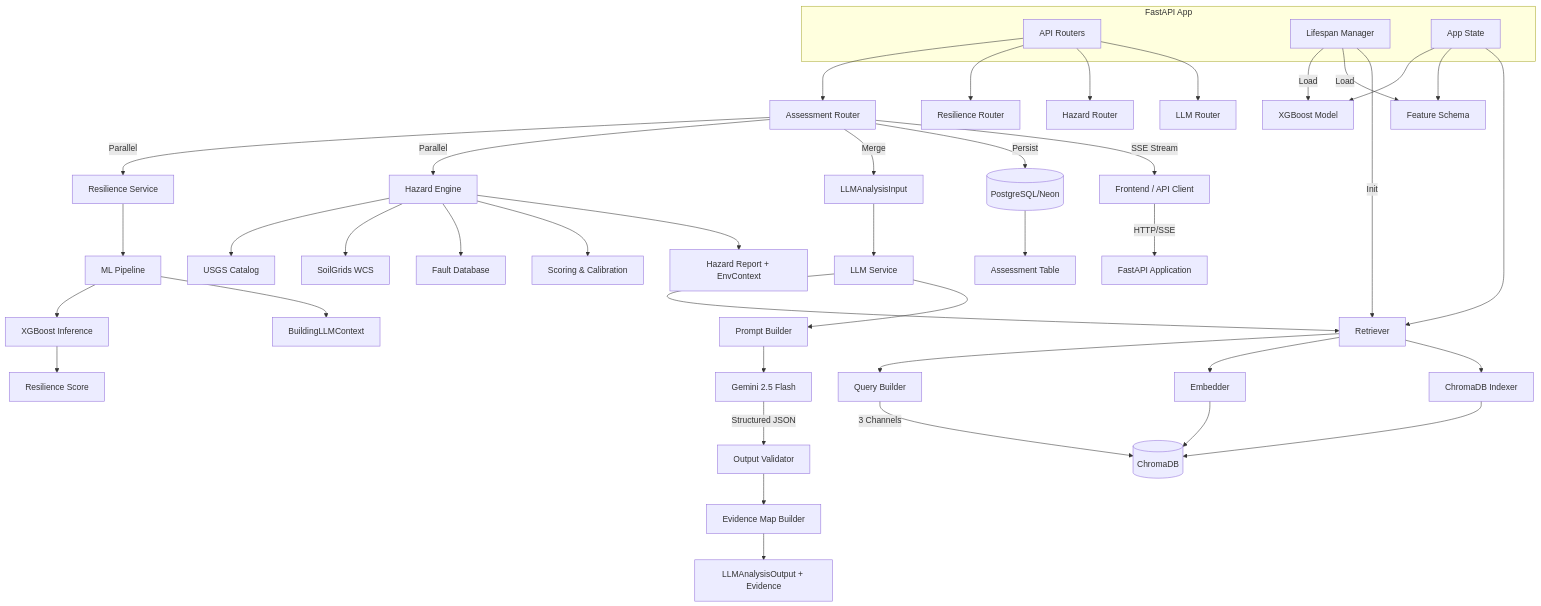
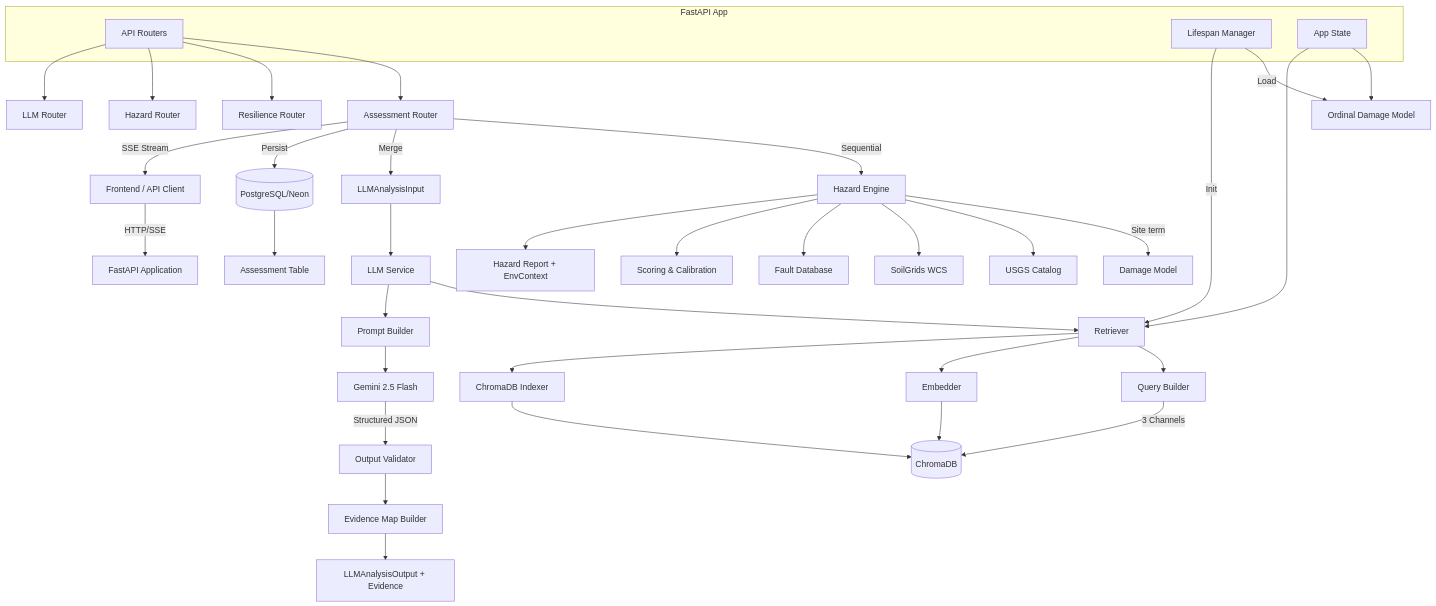
One commit to Mhk-debug/ResilienceAI changed the first of 6 diagrams in backend/docs/architecture.md. Above: the diagram before and after it, drawn with Mermaid. The commit also changed other lines of this file and 30 other files, not shown here.

First line of the commit message:
feat(model): ship the v3 ordinal damage bundle and wire it through the API

````diff
--- a/backend/docs/architecture.md
+++ b/backend/docs/architecture.md
@@ -9,59 +9,51 @@
 ```mermaid
 graph TB
     Client[Frontend / API Client] -->|HTTP/SSE| FastAPI[FastAPI Application]
     
     subgraph "FastAPI App"
         Router[API Routers]
         Lifespan[Lifespan Manager]
         State[App State]
     end
     
     Router --> Assessment[Assessment Router]
     Router --> Resilience[Resilience Router]
     Router --> Hazard[Hazard Router]
     Router --> LLM[LLM Router]
     
-    Lifespan -->|Load| MLModel[XGBoost Model]
-    Lifespan -->|Load| Features[Feature Schema]
+    Lifespan -->|Load| DamageModel[Ordinal Damage Model]
     Lifespan -->|Init| Retriever[RAG Retriever]
     
-    State --> MLModel
-    State --> Features
+    State --> DamageModel
     State --> Retriever
     
-    Assessment -->|Parallel| ResilienceSvc[Resilience Service]
-    Assessment -->|Parallel| HazardSvc[Hazard Engine]
-    
-    ResilienceSvc --> Pipeline[ML Pipeline]
-    Pipeline --> Model[XGBoost Inference]
-    Model --> ResilienceScore[Resilience Score]
-    Pipeline --> BuildingContext[BuildingLLMContext]
-    
+    Assessment -->|Sequential| HazardSvc[Hazard Engine]
+    HazardSvc -->|Site term| DamageSvc[Damage Model]
     HazardSvc --> USGS[USGS Catalog]
     HazardSvc --> SoilGrids[SoilGrids WCS]
     HazardSvc --> Faults[Fault Database]
     HazardSvc --> Scoring[Scoring & Calibration]
     HazardSvc --> HazardReport[Hazard Report + EnvContext]
     
     Assessment -->|Merge| LLMInput[LLMAnalysisInput]
     LLMInput --> LLMService[LLM Service]
     LLMService --> Retriever[Retriever]
     Retriever --> QueryBuilder[Query Builder]
     Retriever --> Embedder[Embedder]
     Retriever --> Indexer[ChromaDB Indexer]
     
     QueryBuilder -->|3 Channels| ChromaDB[(ChromaDB)]
     Embedder --> ChromaDB
     Indexer --> ChromaDB
     
     LLMService --> PromptBuilder[Prompt Builder]
     PromptBuilder --> Gemini[Gemini 2.5 Flash]
     Gemini -->|Structured JSON| Validator[Output Validator]
     Validator --> EvidenceMap[Evidence Map Builder]
     EvidenceMap --> LLMOutput[LLMAnalysisOutput + Evidence]
     
     Assessment -->|Persist| Database[(PostgreSQL/Neon)]
     Database --> AssessmentRecord[Assessment Table]
     
     Assessment -->|SSE Stream| Client
 ```
````
